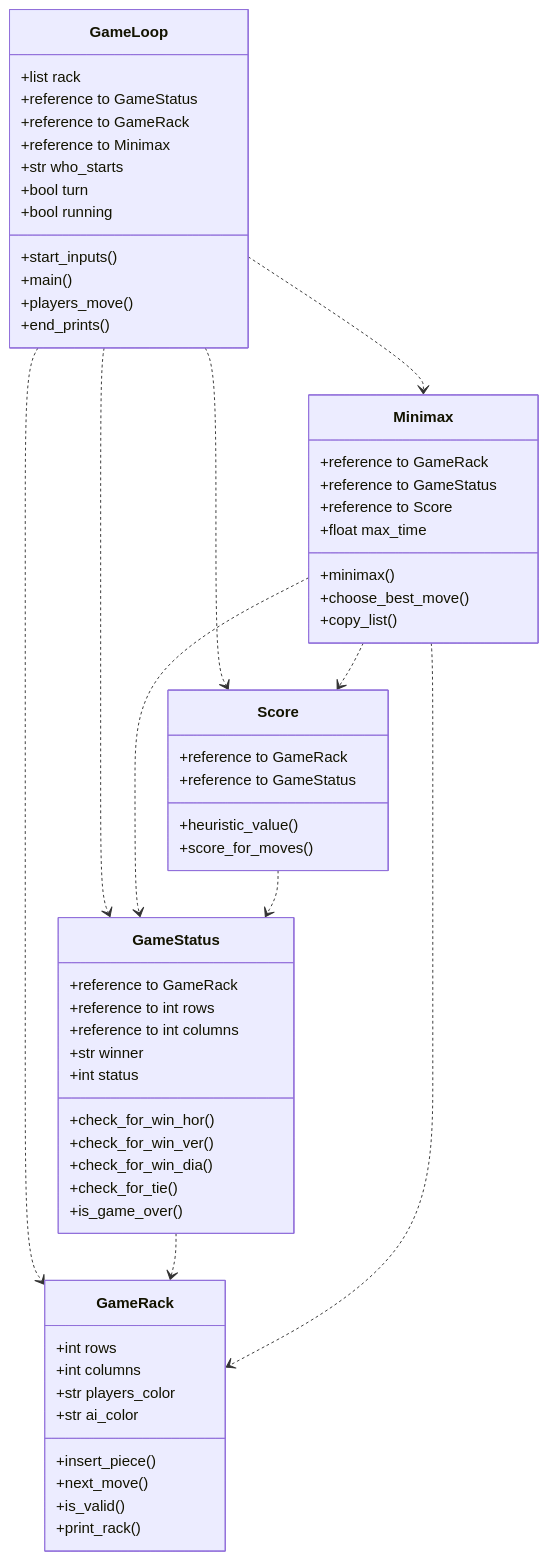
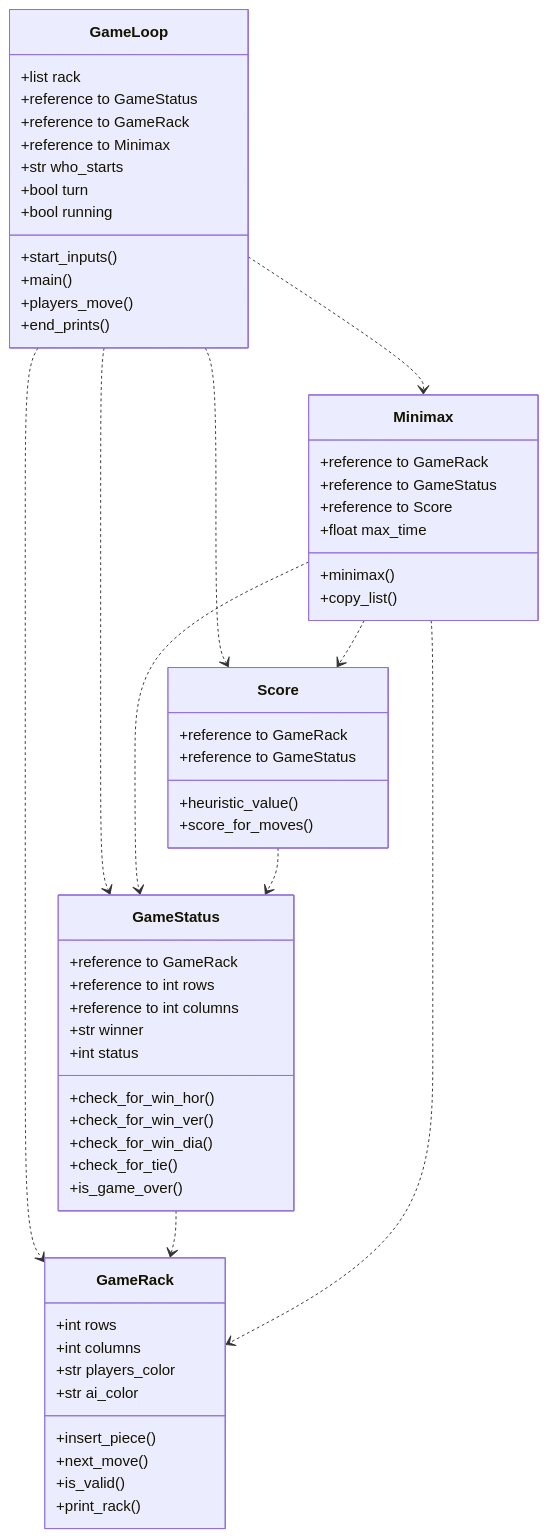
The first of 2 diagrams in documentation/implementation.md (lottapispa/Connect-Four-tiralabra), drawn with Mermaid before and after one commit.

````diff
--- a/documentation/implementation.md
+++ b/documentation/implementation.md
@@ -5,62 +5,61 @@
 ```mermaid
 classDiagram
     GameLoop ..> GameStatus
     GameLoop ..> GameRack
     GameLoop ..> Minimax
     GameLoop ..> Score
     GameStatus ..> GameRack
     Minimax ..> GameStatus
     Minimax ..> GameRack
     Minimax ..> Score
     Score ..> GameStatus
     class GameLoop{
         +list rack
         +reference to GameStatus
         +reference to GameRack
         +reference to Minimax
         +str who_starts
         +bool turn
         +bool running
         +start_inputs()
         +main()
         +players_move()
         +end_prints()
     }
     class GameStatus{
         +reference to GameRack
         +reference to int rows
         +reference to int columns
         +str winner
         +int status
         +check_for_win_hor()
         +check_for_win_ver()
         +check_for_win_dia()
         +check_for_tie()
         +is_game_over()
     }
     class GameRack{
         +int rows
         +int columns
         +str players_color
         +str ai_color
         +insert_piece()
         +next_move()
         +is_valid()
         +print_rack()
     }
     class Minimax{
         +reference to GameRack
         +reference to GameStatus
         +reference to Score
         +float max_time
         +minimax()
-        +choose_best_move()
         +copy_list()
     }
     class Score{
         +reference to GameRack
         +reference to GameStatus
         +heuristic_value()
         +score_for_moves()
     }
 ```
````
